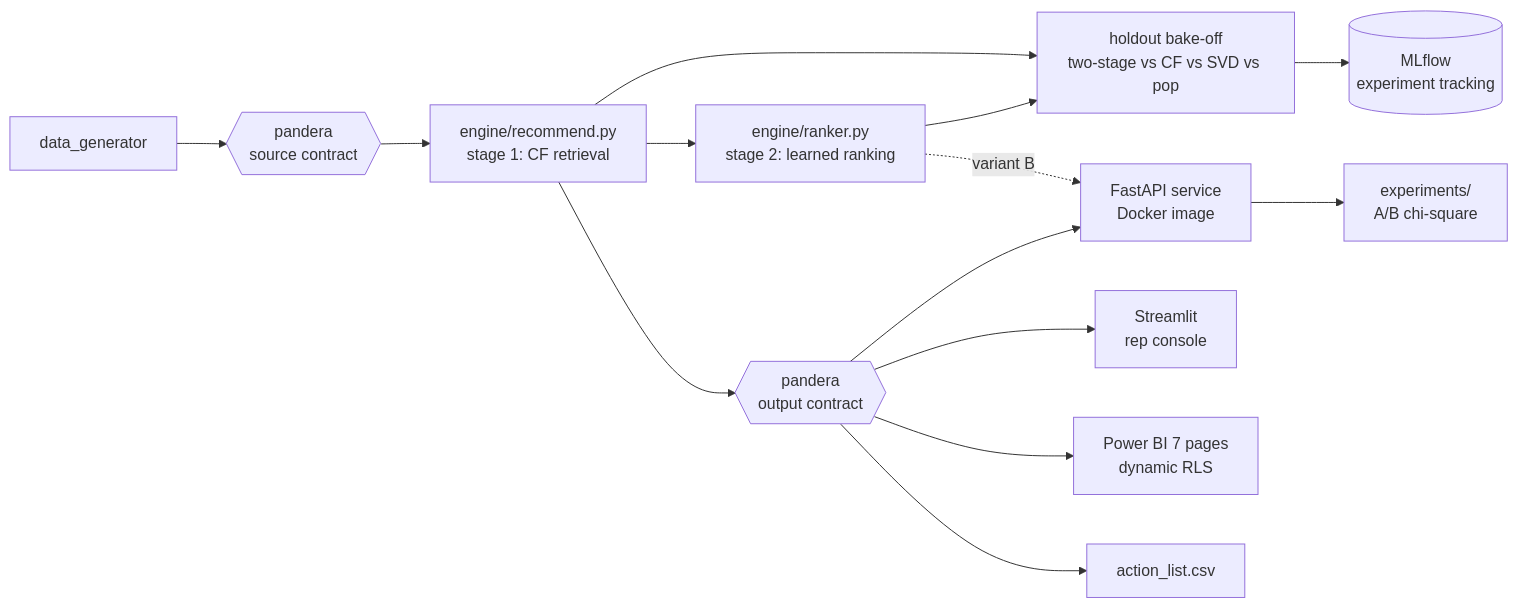
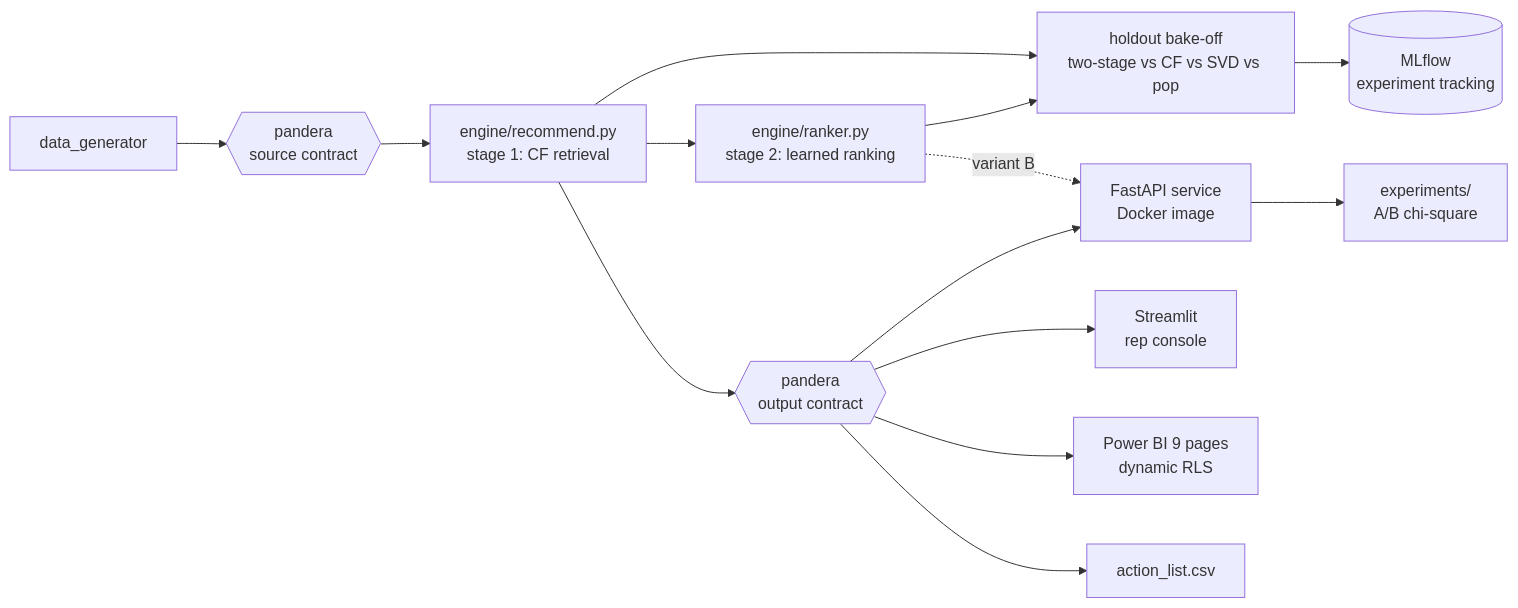
Before and after one commit to KushPatel29/Customer-Recommendation-Engine: the diagram in README.md, drawn with Mermaid. The commit also changed other lines of this file and 170 other files, not shown here.

````diff
--- a/README.md
+++ b/README.md
@@ -46,16 +46,16 @@
 ```mermaid
 flowchart LR
     GEN[data_generator] --> CONTRACT1{{pandera<br/>source contract}}
     CONTRACT1 --> ENG[engine/recommend.py<br/>stage 1: CF retrieval]
     ENG --> RANK[engine/ranker.py<br/>stage 2: learned ranking]
     ENG --> EVAL[holdout bake-off<br/>two-stage vs CF vs SVD vs pop]
     RANK --> EVAL
     EVAL --> MLF[(MLflow<br/>experiment tracking)]
     RANK -.variant B.-> API
     API --> AB[experiments/<br/>A/B chi-square]
     ENG --> CONTRACT2{{pandera<br/>output contract}}
     CONTRACT2 --> API[FastAPI service<br/>Docker image]
     CONTRACT2 --> UI[Streamlit<br/>rep console]
-    CONTRACT2 --> PBI[Power BI 7 pages<br/>dynamic RLS]
+    CONTRACT2 --> PBI[Power BI 9 pages<br/>dynamic RLS]
     CONTRACT2 --> CSV[action_list.csv]
 ```
````
